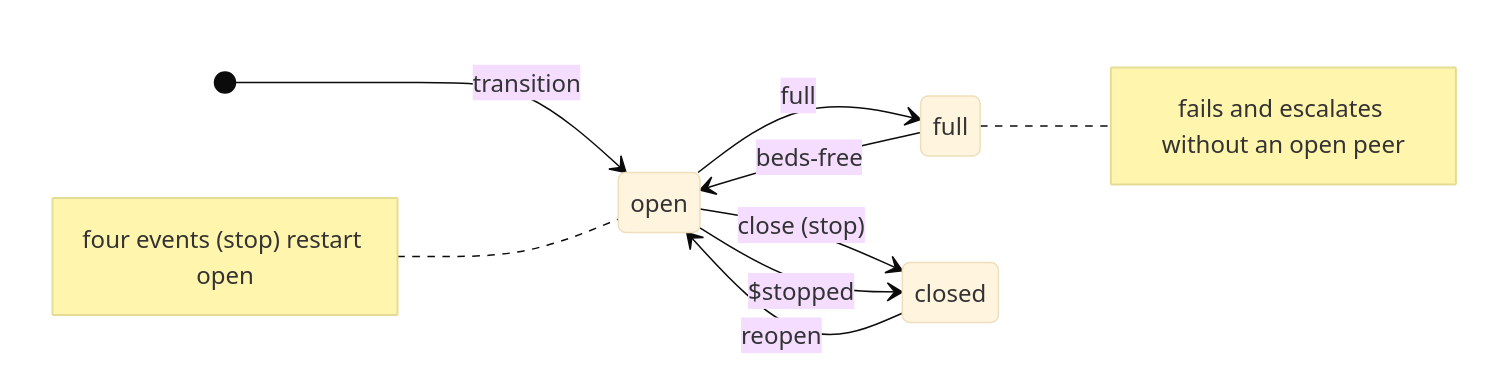
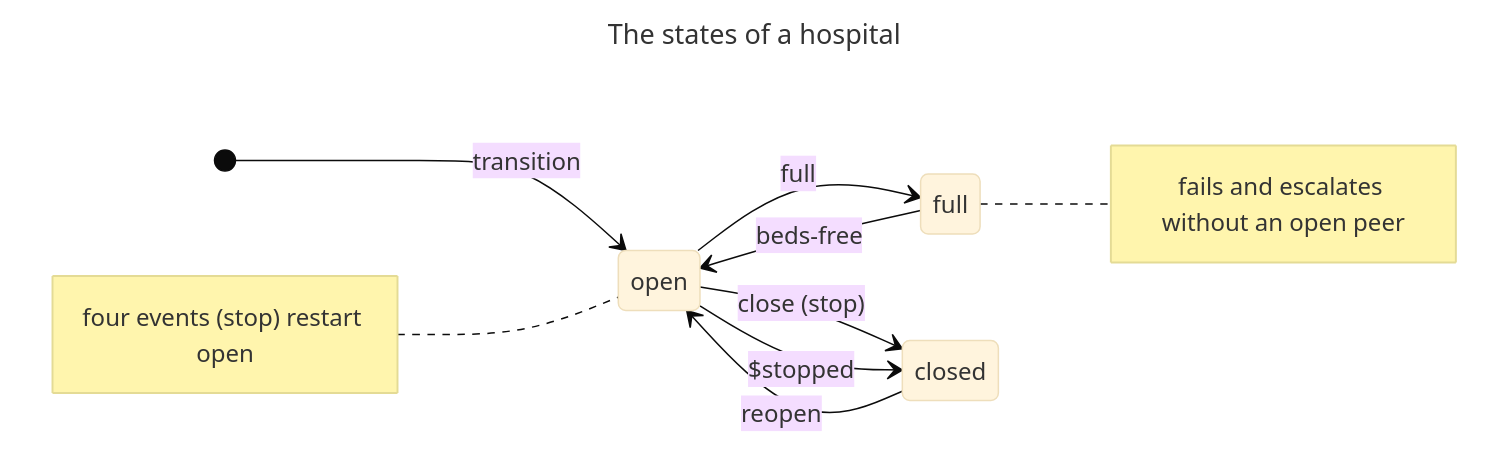
The fifth of 5 diagrams in servers/execution/runner/STATE-MACHINE.md (prasadtalasila/DTaaS-Public), drawn with Mermaid (base theme) before and after one commit. The commit also changed other lines of this file and 19 other files, not shown here.

````diff
--- a/servers/execution/runner/STATE-MACHINE.md
+++ b/servers/execution/runner/STATE-MACHINE.md
@@ -1450,12 +1745,17 @@
 ```mermaid
+---
+title: The states of a hospital
+config:
+  look: classic
+---
 stateDiagram-v2
     direction LR
     [*] --> open : transition
     open --> full : full
     full --> open : beds-free
     open --> closed : close (stop)
     open --> closed : $stopped
     closed --> open : reopen
     note right of full : fails and escalates without an open peer
     note left of open : four events (stop) restart open
 ```
````
